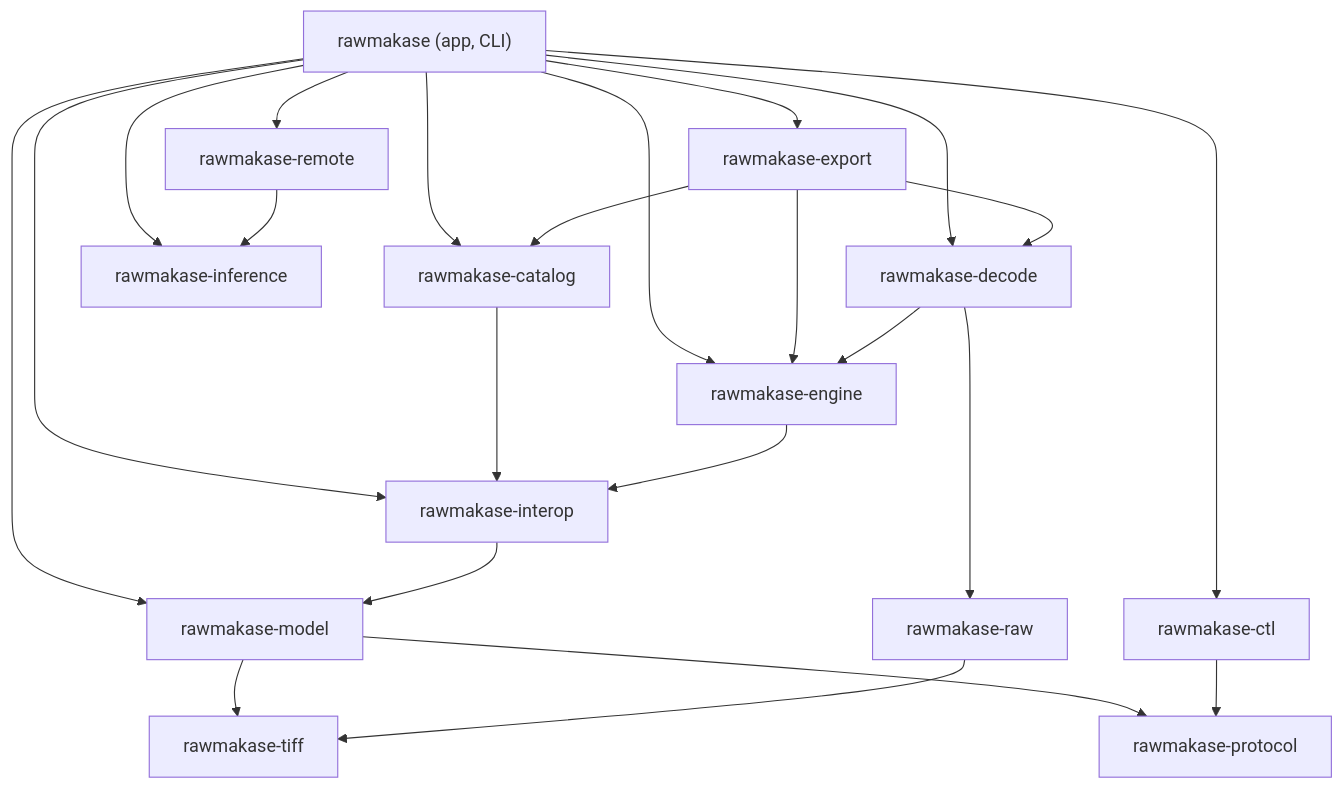
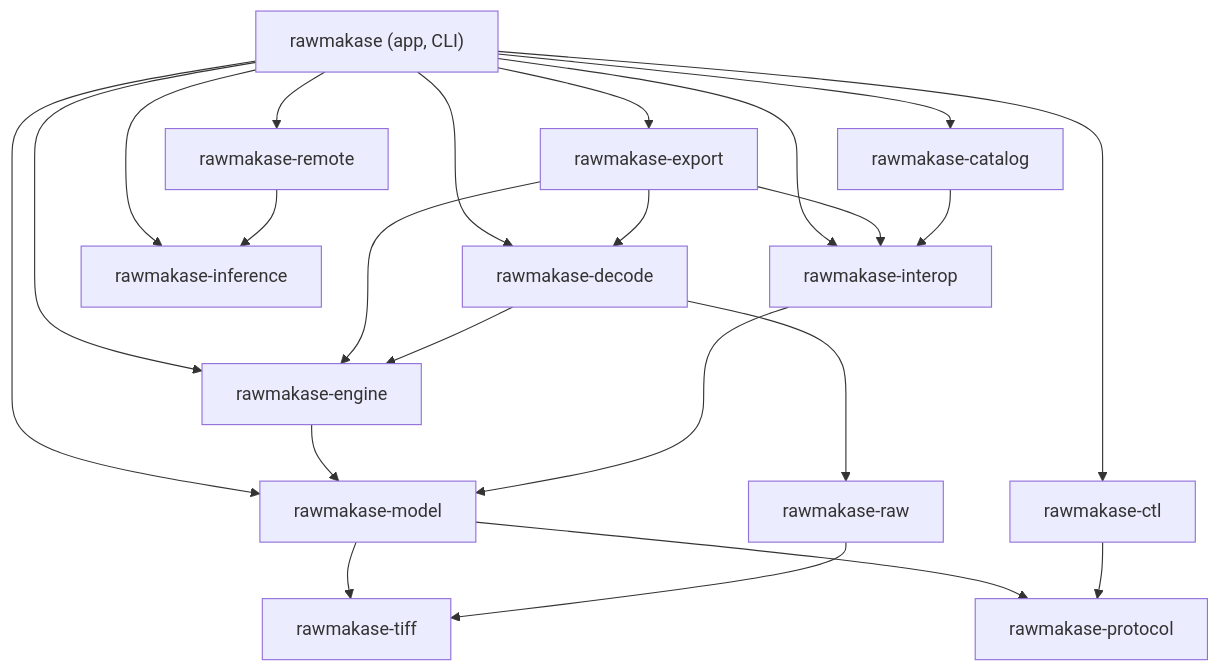
The diagram in docs/architecture.md (pch/rawmakase), drawn with Mermaid before and after one commit. The commit also changed other lines of this file and 19 other files, not shown here.

First line of the commit message:
Move PhotoMeasures to the model and edits to interop (#808 step 4.2)

````diff
--- a/docs/architecture.md
+++ b/docs/architecture.md
@@ -15,28 +15,28 @@
 ```mermaid
 flowchart TD
     app["rawmakase (app, CLI)"]
     export[rawmakase-export]
     decode[rawmakase-decode]
     catalog[rawmakase-catalog]
     engine[rawmakase-engine]
     interop[rawmakase-interop]
     model[rawmakase-model]
     raw[rawmakase-raw]
     tiff[rawmakase-tiff]
     protocol[rawmakase-protocol]
     ctl[rawmakase-ctl]
     remote[rawmakase-remote]
     inference[rawmakase-inference]
 
     app --> export & decode & catalog & engine & interop & model
     app --> ctl & remote & inference
-    export --> catalog & decode & engine
+    export --> decode & engine & interop
     decode --> engine & raw
     catalog --> interop
-    engine --> interop
+    engine --> model
     interop --> model
     model --> tiff & protocol
     raw --> tiff
     ctl --> protocol
     remote --> inference
 ```
````
